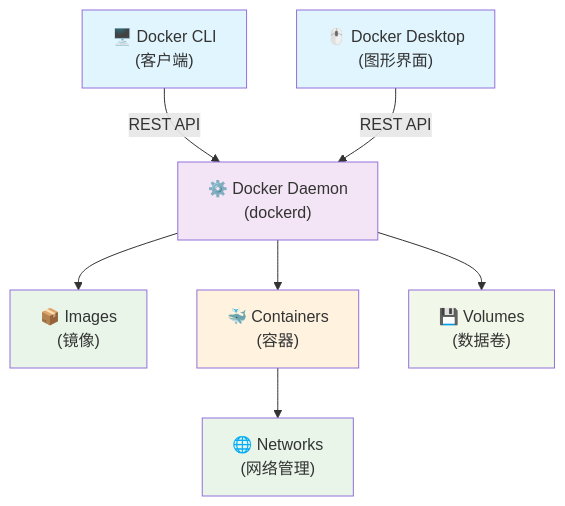
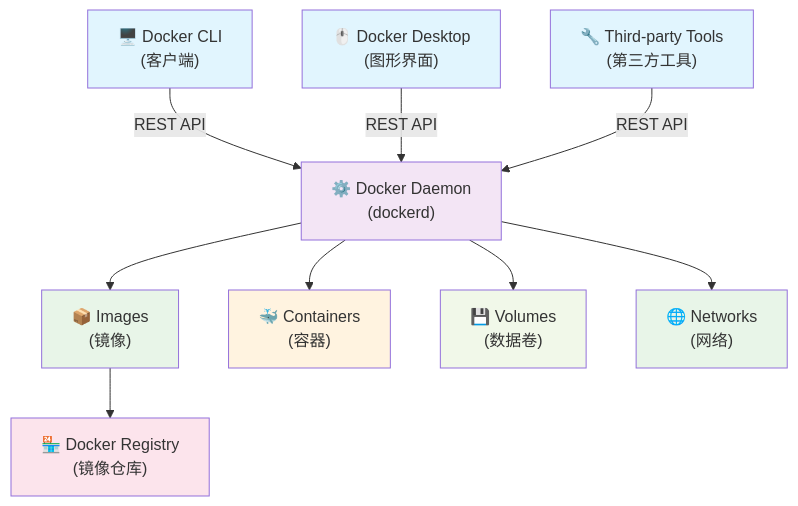
Before and after one commit to ForceInjection/Docker-hands-on-course: the second of 2 diagrams in README.md, drawn with Mermaid. The commit also changed other lines of this file and 2 other files, not shown here.

````diff
--- a/README.md
+++ b/README.md
@@ -67,29 +121,34 @@
 ```mermaid
 flowchart TD
     CLI["🖥️ Docker CLI<br/>(客户端)"] 
     Desktop["🖱️ Docker Desktop<br/>(图形界面)"]
+    ThirdParty["🔧 Third-party Tools<br/>(第三方工具)"]
     
     CLI --> |REST API| Daemon
     Desktop --> |REST API| Daemon
+    ThirdParty --> |REST API| Daemon
     
     Daemon["⚙️ Docker Daemon<br/>(dockerd)"]
     
     Daemon --> Images
     Daemon --> Containers
     Daemon --> Volumes
+    Daemon --> Networks
     
     Images["📦 Images<br/>(镜像)"]
     Containers["🐳 Containers<br/>(容器)"]
     Volumes["💾 Volumes<br/>(数据卷)"]
+    Networks["🌐 Networks<br/>(网络)"]
     
-    %% 网络作为容器的管理功能
-    Containers --> Networks["🌐 Networks<br/>(网络管理)"]
+    Images --> Registry["🏪 Docker Registry<br/>(镜像仓库)"]
     
     style CLI fill:#e1f5fe
     style Desktop fill:#e1f5fe
+    style ThirdParty fill:#e1f5fe
     style Daemon fill:#f3e5f5
     style Images fill:#e8f5e8
     style Containers fill:#fff3e0
     style Volumes fill:#f1f8e9
     style Networks fill:#e8f5e8
+    style Registry fill:#fce4ec
 ```
````
